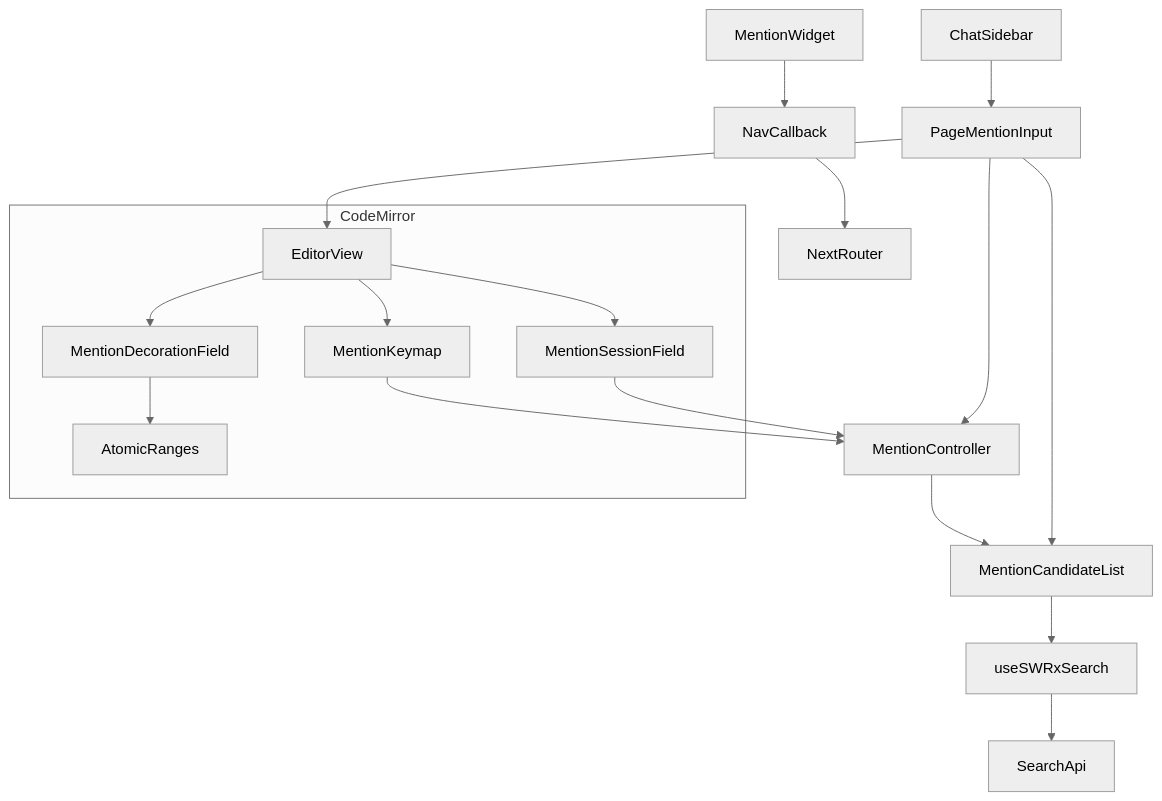
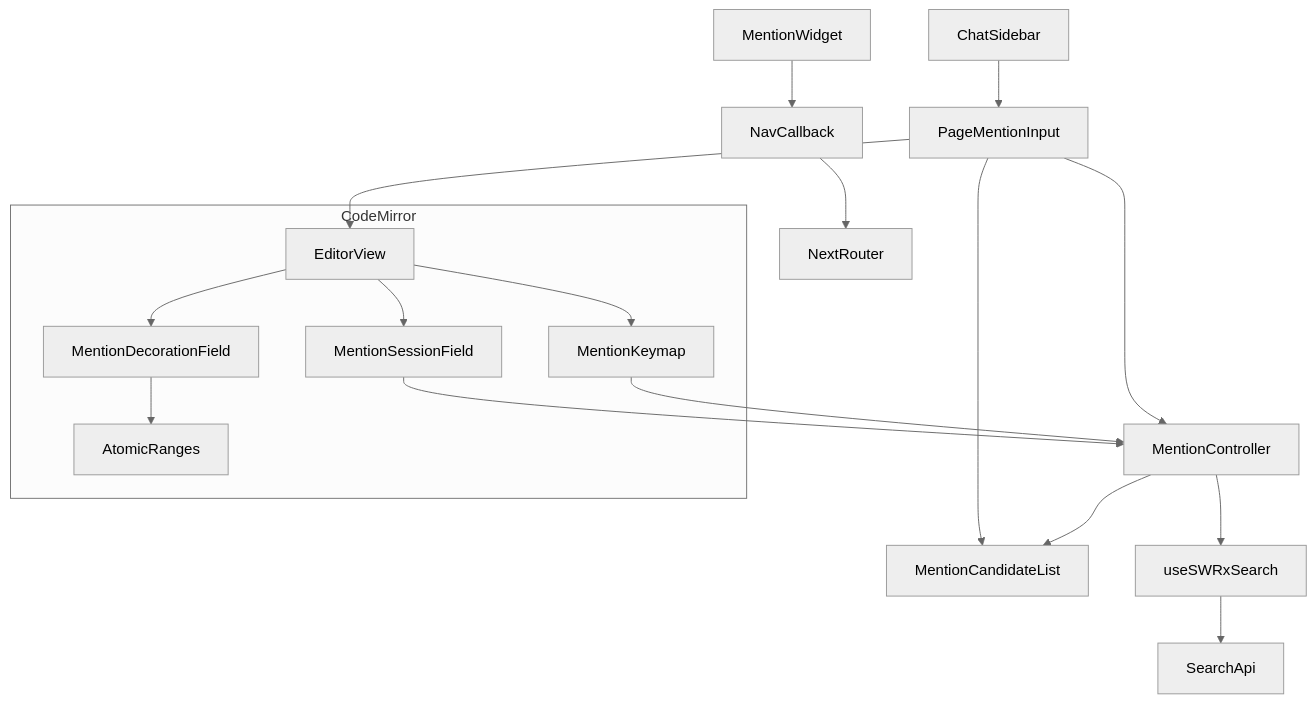
Before and after one commit to growilabs/growi: the first of 2 diagrams in .kiro/specs/ai-chat-page-mention/design.md, drawn with Mermaid (neutral theme). The commit also changed other lines of this file and 1 other file, not shown here.

Commit message:
feat: update design and spec for AI chat page mention feature to improve mention controller integration and refine loading state handling

````diff
--- a/.kiro/specs/ai-chat-page-mention/design.md
+++ b/.kiro/specs/ai-chat-page-mention/design.md
@@ -64,23 +64,23 @@
 ```mermaid
 graph TB
     ChatSidebar --> PageMentionInput
     PageMentionInput --> EditorView
     PageMentionInput --> MentionCandidateList
     PageMentionInput --> MentionController
 
     subgraph CodeMirror
         EditorView --> MentionSessionField
         EditorView --> MentionDecorationField
         EditorView --> MentionKeymap
         MentionDecorationField --> AtomicRanges
     end
 
     MentionSessionField --> MentionController
     MentionKeymap --> MentionController
     MentionController --> MentionCandidateList
-    MentionCandidateList --> useSWRxSearch
+    MentionController --> useSWRxSearch
     useSWRxSearch --> SearchApi
 
     MentionWidget --> NavCallback
     NavCallback --> NextRouter
 ```
````
